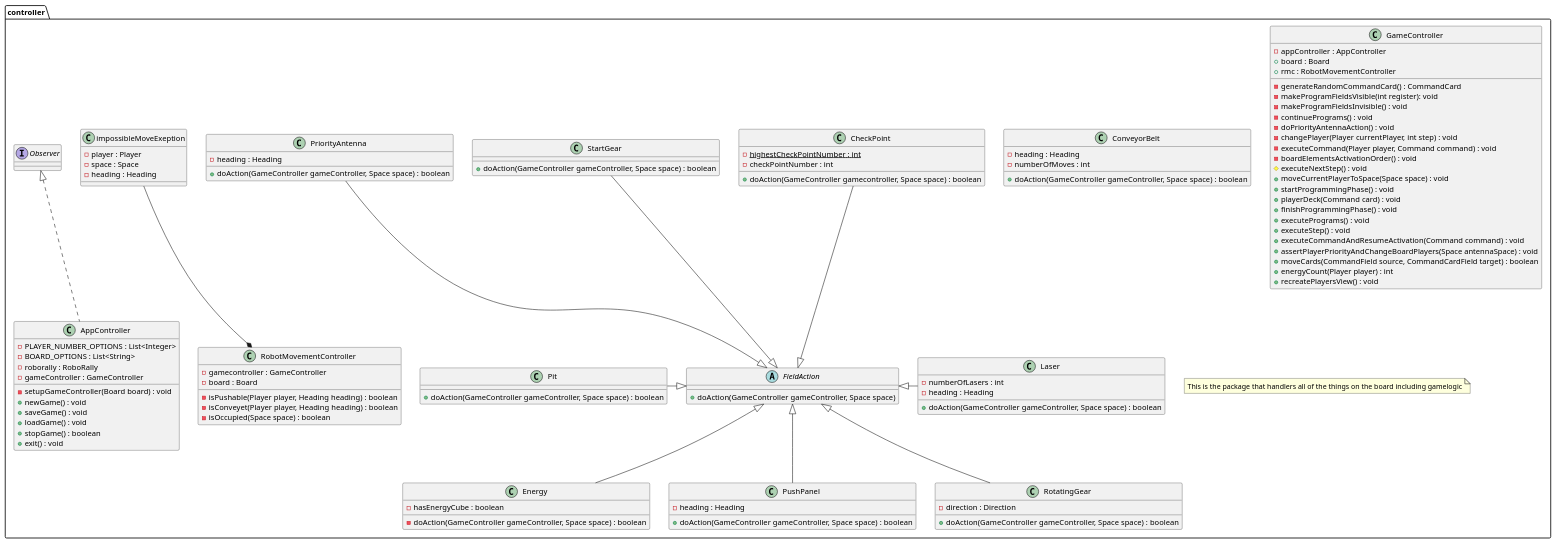
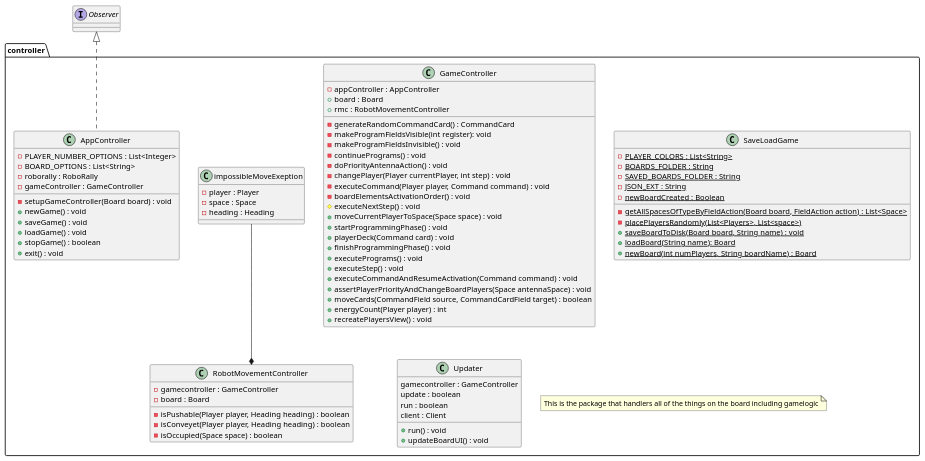
Before and after one commit to MikaelFangel/RoboRally: the diagram in diagrams/DesignClassDiagramPackageController.puml, drawn with PlantUML. The commit also changed 4 other files, not shown here.

Commit message:
Updates to class design diagrams.

```diff
--- a/diagrams/DesignClassDiagramPackageController.puml
+++ b/diagrams/DesignClassDiagramPackageController.puml
@@ -1,119 +1,87 @@
 @startuml
 package controller{
-   class AppController implements Observer{
+skinparam groupInheritance 2
+skinparam linetype polyline
+   class AppController{
       -PLAYER_NUMBER_OPTIONS : List<Integer>
       -BOARD_OPTIONS : List<String>
       -roborally : RoboRally
       -gameController : GameController
 
       -setupGameController(Board board) : void
       +newGame() : void
       +saveGame() : void
       +loadGame() : void
       +stopGame() : boolean
       +exit() : void
-   }
-   class CheckPoint{
-     {Static} -highestCheckPointNumber : int
-     -checkPointNumber : int
-
-     +doAction(GameController gamecontroller, Space space) : boolean
-   }
-   class ConveyorBelt{
-     -heading : Heading
-     -numberOfMoves : int
-
-     +doAction(GameController gameController, Space space) : boolean
-   }
-   class Energy{
-     -hasEnergyCube : boolean
-
-     -doAction(GameController gameController, Space space) : boolean
-   }
-   abstract class FieldAction{
-      +doAction(GameController gameController, Space space)
    }
    class GameController{
       -appController : AppController
       +board : Board
       +rmc : RobotMovementController
 
       -generateRandomCommandCard() : CommandCard
       -makeProgramFieldsVisible(int register): void
       -makeProgramFieldsInvisible() : void
       -continuePrograms() : void
       -doPriorityAntennaAction() : void
       -changePlayer(Player currentPlayer, int step) : void
       -executeCommand(Player player, Command command) : void
       -boardElementsActivationOrder() : void
       #executeNextStep() : void
       +moveCurrentPlayerToSpace(Space space) : void
       +startProgrammingPhase() : void
       +playerDeck(Command card) : void
       +finishProgrammingPhase() : void
       +executePrograms() : void
       +executeStep() : void
       +executeCommandAndResumeActivation(Command command) : void
       +assertPlayerPriorityAndChangeBoardPlayers(Space antennaSpace) : void
       +moveCards(CommandField source, CommandCardField target) : boolean
       +energyCount(Player player) : int
       +recreatePlayersView() : void
    }
-   class Laser{
-     -numberOfLasers : int
-     -heading : Heading
-
-     +doAction(GameController gameController, Space space) : boolean
-   }
-   class Pit{
-      +doAction(GameController gameController, Space space) : boolean
-   }
-   class PriorityAntenna{
-      -heading : Heading
-
-      +doAction(GameController gameController, Space space) : boolean
-   }
-   class PushPanel{
-      -heading : Heading
-
-      +doAction(GameController gameController, Space space) : boolean
-   }
    class RobotMovementController{
       -gamecontroller : GameController
       -board : Board
 
       -isPushable(Player player, Heading heading) : boolean
       -isConveyet(Player player, Heading heading) : boolean
       -isOccupied(Space space) : boolean
 
    }
    class impossibleMoveExeption{
       -player : Player
       -space : Space
       -heading : Heading
    }
-   class RotatingGear{
-     -direction : Direction
+   class SaveLoadGame{
+      {Static} -PLAYER_COLORS : List<String>
+      {Static} -BOARDS_FOLDER : String
+      {Static} -SAVED_BOARDS_FOLDER : String
+      {Static} -JSON_EXT : String
+      {Static} -newBoardCreated : Boolean
 
-     +doAction(GameController gameController, Space space) : boolean
+      {static} -getAllSpacesOfTypeByFieldAction(Board board, FieldAction action) : List<Space>
+      {Static} -placePlayersRandomly(List<Players>, List<space>)
+      {Static} +saveBoardToDisk(Board board, String name) : void
+      {Static} +loadBoard(String name): Board
+      {Static} +newBoard(int numPlayers, String boardName) : Board
    }
-   class StartGear{
-      +doAction(GameController gameController, Space space) : boolean
+   class Updater{
+      gamecontroller : GameController
+      update : boolean
+      run : boolean
+      client : Client
+
+     +run() : void
+     +updateBoardUI() : void
    }
    RobotMovementController *-u- impossibleMoveExeption
    note "This is the package that handlers all of the things on the board including gamelogic" as note1
 }
 
-
-
-FieldAction <|-l- Pit
-FieldAction <|-r- Laser
-FieldAction <|-d- Energy
-FieldAction <|-u- PriorityAntenna
-FieldAction <|-d- PushPanel
-FieldAction <|-d- RotatingGear
-FieldAction <|-u- StartGear
-FieldAction <|-u- CheckPoint
-
-
+interface Observer{
+}
+Observer <|.. AppController
 @enduml
```
